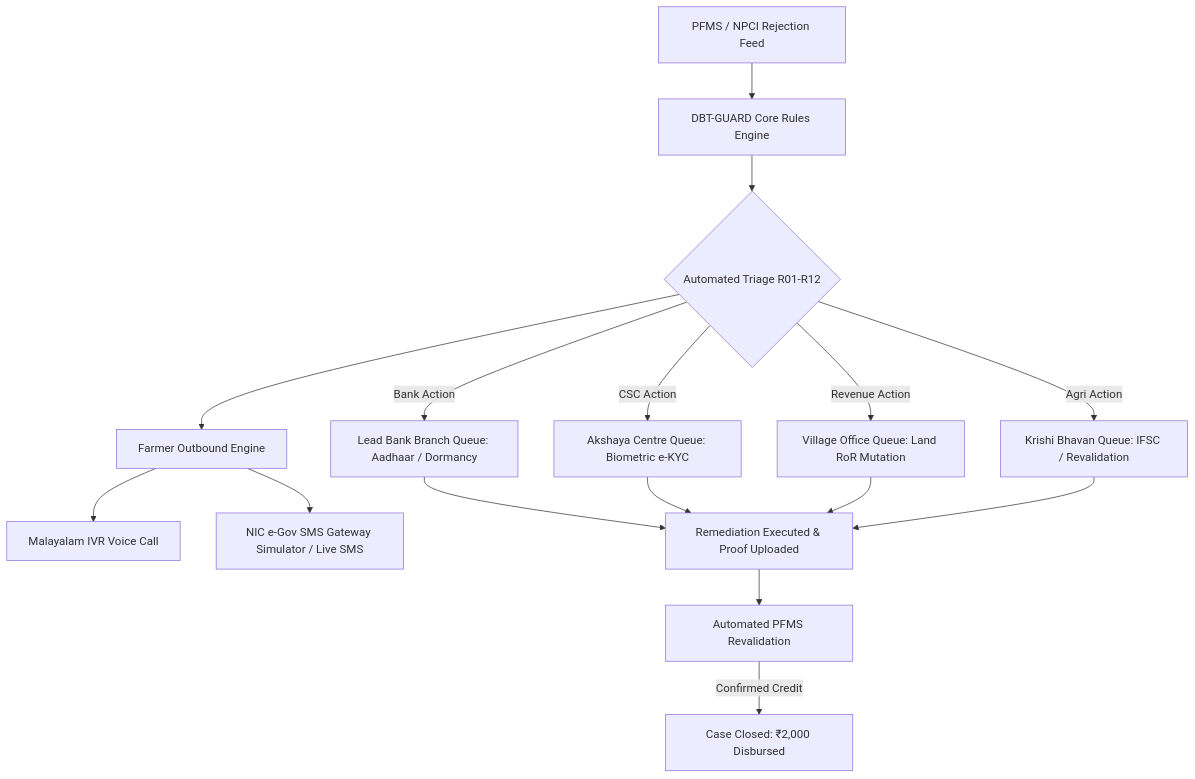
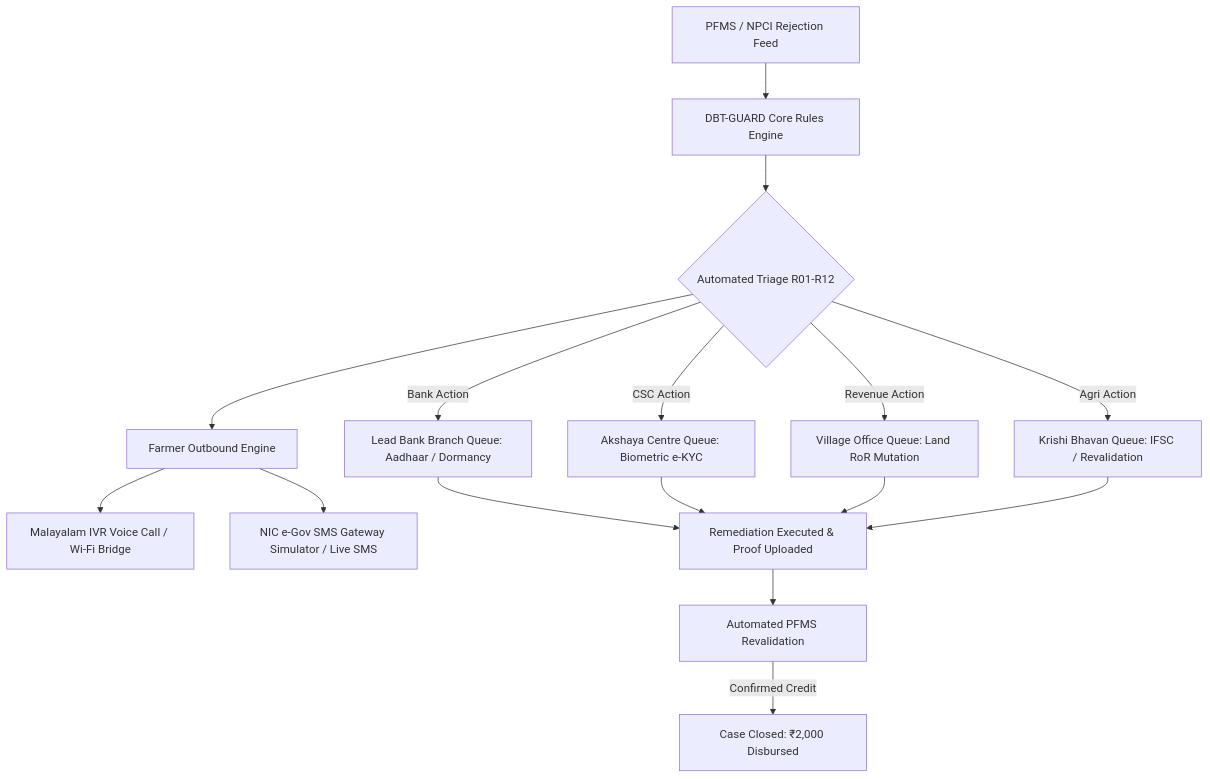
One commit to AnnRosePT/DBT-GUARD changed the diagram in README.md. Above: the diagram before and after it, drawn with Mermaid. The commit also changed other lines of this file, not shown here.

````diff
--- a/README.md
+++ b/README.md
@@ -53,17 +77,17 @@
 ```mermaid
 graph TD
     A[PFMS / NPCI Rejection Feed] --> B[DBT-GUARD Core Rules Engine]
     B --> C{Automated Triage R01-R12}
     C -->|Bank Action| D1[Lead Bank Branch Queue: Aadhaar / Dormancy]
     C -->|CSC Action| D2[Akshaya Centre Queue: Biometric e-KYC]
     C -->|Revenue Action| D3[Village Office Queue: Land RoR Mutation]
     C -->|Agri Action| D4[Krishi Bhavan Queue: IFSC / Revalidation]
     
     C --> E[Farmer Outbound Engine]
-    E --> F1[Malayalam IVR Voice Call]
+    E --> F1[Malayalam IVR Voice Call / Wi-Fi Bridge]
     E --> F2[NIC e-Gov SMS Gateway Simulator / Live SMS]
     
     D1 & D2 & D3 & D4 --> G[Remediation Executed & Proof Uploaded]
     G --> H[Automated PFMS Revalidation]
     H -->|Confirmed Credit| I[Case Closed: ₹2,000 Disbursed]
 ```
````
